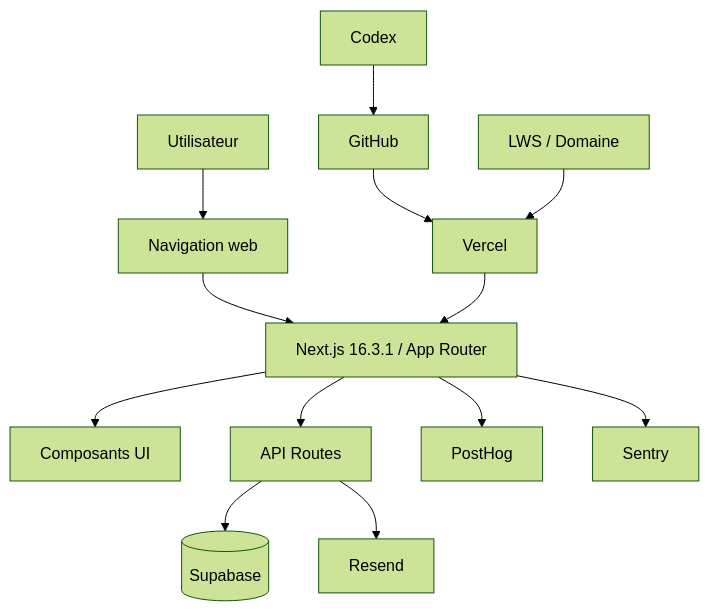
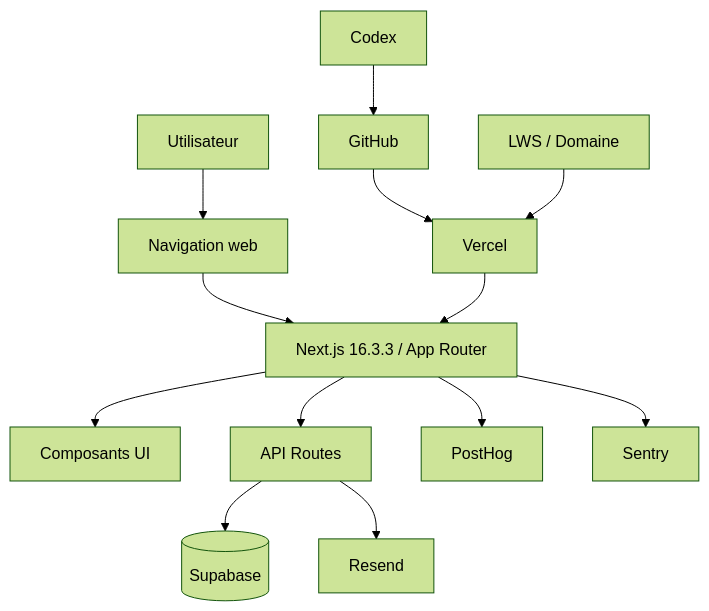
Before and after one commit to maxd4/CleanmyMap: the diagram in documentation/architecture/methodologie-fonctionnement-site.md, drawn with Mermaid (forest theme). The commit also changed other lines of this file and 2 other files, not shown here.

Commit message:
docs: align Next.js runtime references

````diff
--- a/documentation/architecture/methodologie-fonctionnement-site.md
+++ b/documentation/architecture/methodologie-fonctionnement-site.md
@@ -25,17 +25,17 @@
 ```mermaid
 flowchart TD
   U[Utilisateur] --> N[Navigation web]
-  N --> W[Next.js 16.3.1 / App Router]
+  N --> W[Next.js 16.3.3 / App Router]
   W --> C[Composants UI]
   W --> A[API Routes]
 
   A --> S[(Supabase)]
   A --> R[Resend]
   W --> P[PostHog]
   W --> E[Sentry]
 
   G[GitHub] --> V[Vercel]
   Cx[Codex] --> G
   V --> W
   D[LWS / Domaine] --> V
 ```
````
